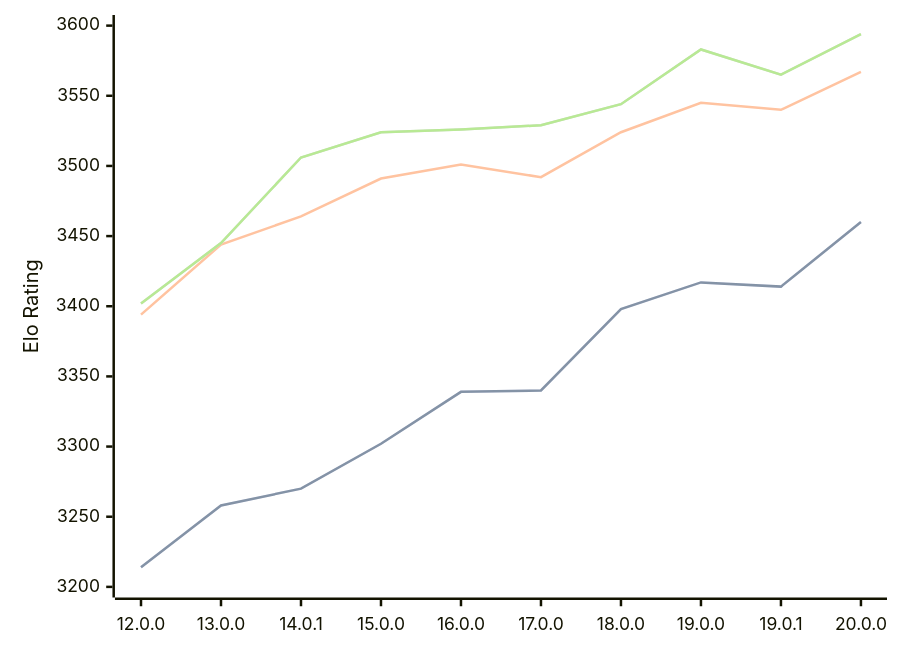
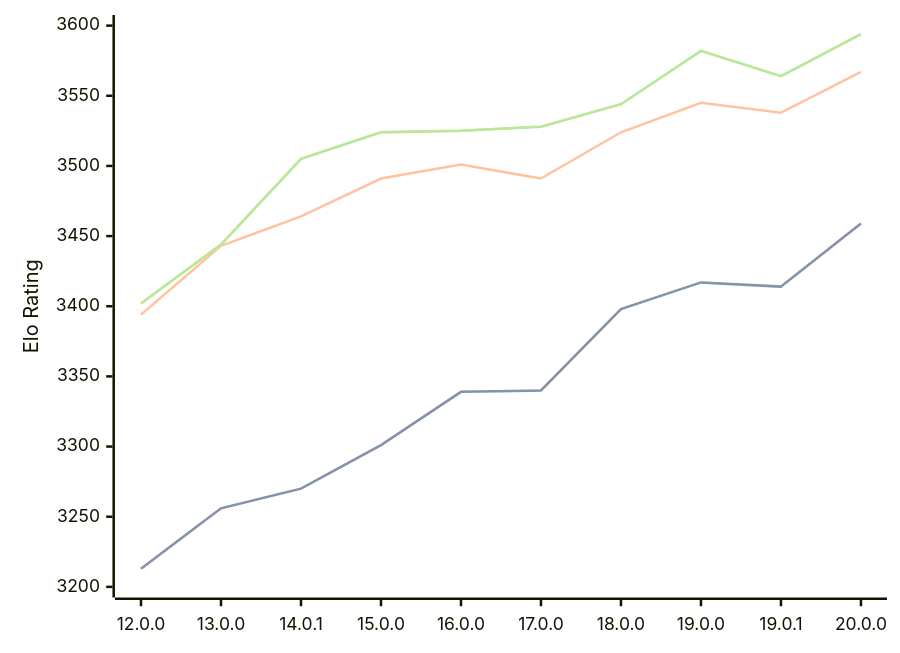
The diagram in engines/Viridithas.md (computer-chess-index/cci), drawn with Mermaid before and after one commit. The commit also changed other lines of this file, not shown here.

Commit message:
Update CCI Ratings (ELO VLTC) - 2026-10-01

````diff
--- a/engines/Viridithas.md
+++ b/engines/Viridithas.md
@@ -40,11 +40,11 @@
 ```mermaid
 %%{init: {"theme":"base","themeVariables":{"seriesColors:['#a3a3a3','#222221','#faa371']}}}%%
 xychart-beta
   x-axis ["12.0.0", "13.0.0", "14.0.1", "15.0.0", "16.0.0", "17.0.0", "18.0.0", "19.0.0", "19.0.1", "20.0.0"]
   y-axis "Elo Rating" 3200 --> 3600
-  line "" [3214, 3258, 3270, 3302, 3339, 3340, 3398, 3417, 3414, 3460]
-  line "STC (8.0+0.08s)" [3214, 3258, 3270, 3302, 3339, 3340, 3398, 3417, 3414, 3460]
-  line "LTC (60.0+0.60s)" [3394, 3444, 3464, 3491, 3501, 3492, 3524, 3545, 3540, 3567]
-  line "" [3402, 3445, 3506, 3524, 3526, 3529, 3544, 3583, 3565, 3594]
-  line "VLTC (2m24s+1.12s)" [3402, 3445, 3506, 3524, 3526, 3529, 3544, 3583, 3565, 3594]
+  line "" [3213, 3256, 3270, 3301, 3339, 3340, 3398, 3417, 3414, 3459]
+  line "STC (8.0+0.08s)" [3213, 3256, 3270, 3301, 3339, 3340, 3398, 3417, 3414, 3459]
+  line "LTC (60.0+0.60s)" [3394, 3443, 3464, 3491, 3501, 3491, 3524, 3545, 3538, 3567]
+  line "" [3402, 3444, 3505, 3524, 3525, 3528, 3544, 3582, 3564, 3594]
+  line "VLTC (2m24s+1.12s)" [3402, 3444, 3505, 3524, 3525, 3528, 3544, 3582, 3564, 3594]
 ```
````
